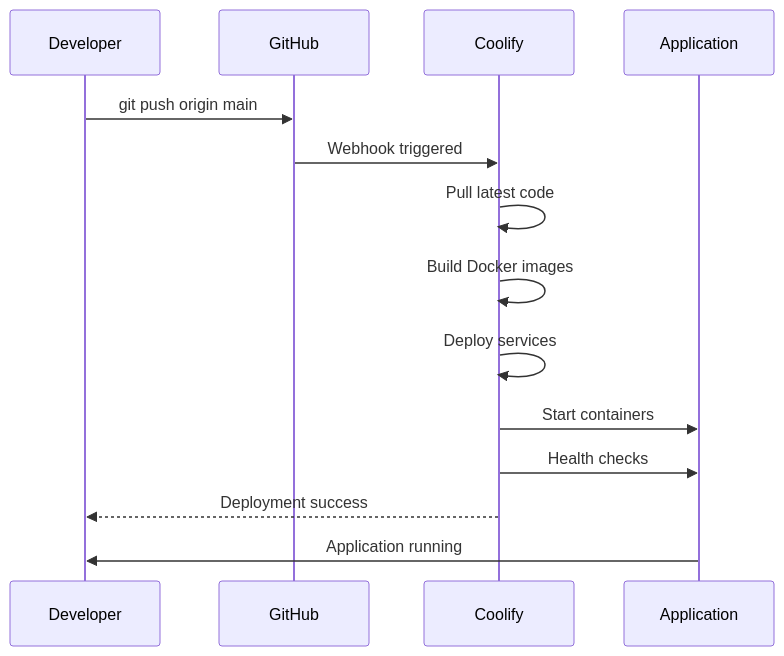
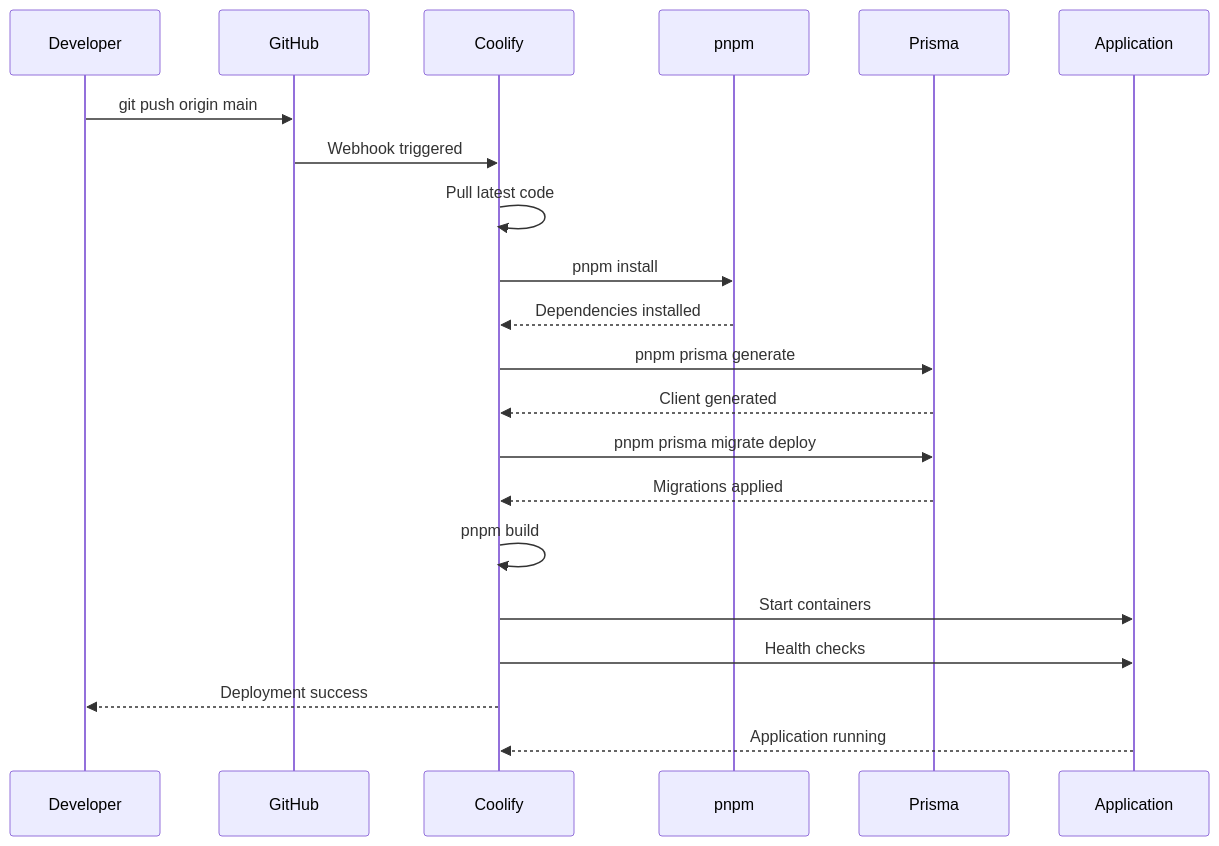
One commit to Zenderg/hookah-wishlist changed the third of 4 diagrams in plans/09-deployment-guide.md. Above: the diagram before and after it, drawn with Mermaid. The commit also changed other lines of this file and 6 other files, not shown here.

````diff
--- a/plans/09-deployment-guide.md
+++ b/plans/09-deployment-guide.md
@@ -637,17 +658,24 @@
 ```mermaid
 sequenceDiagram
     participant DEV as Developer
     participant GH as GitHub
     participant CF as Coolify
+    participant PNPM as pnpm
+    participant PRISMA as Prisma
     participant APP as Application
     
     DEV->>GH: git push origin main
     GH->>CF: Webhook triggered
     CF->>CF: Pull latest code
-    CF->>CF: Build Docker images
-    CF->>CF: Deploy services
+    CF->>PNPM: pnpm install
+    PNPM-->>CF: Dependencies installed
+    CF->>PRISMA: pnpm prisma generate
+    PRISMA-->>CF: Client generated
+    CF->>PRISMA: pnpm prisma migrate deploy
+    PRISMA-->>CF: Migrations applied
+    CF->>CF: pnpm build
     CF->>APP: Start containers
     CF->>APP: Health checks
     CF-->>DEV: Deployment success
-    APP->>DEV: Application running
+    APP-->>CF: Application running
 ```
````
